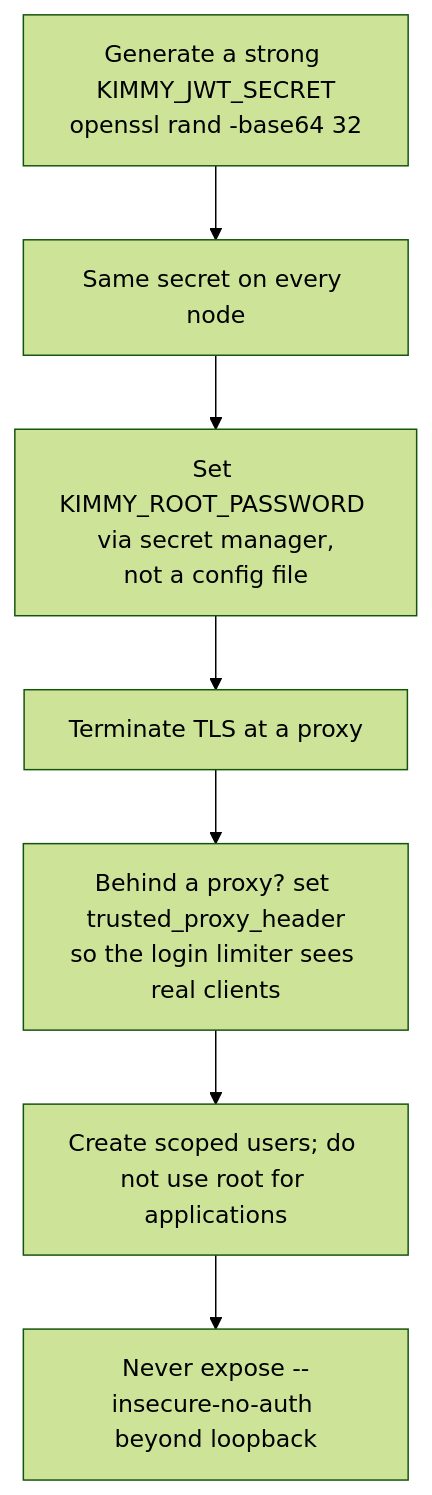
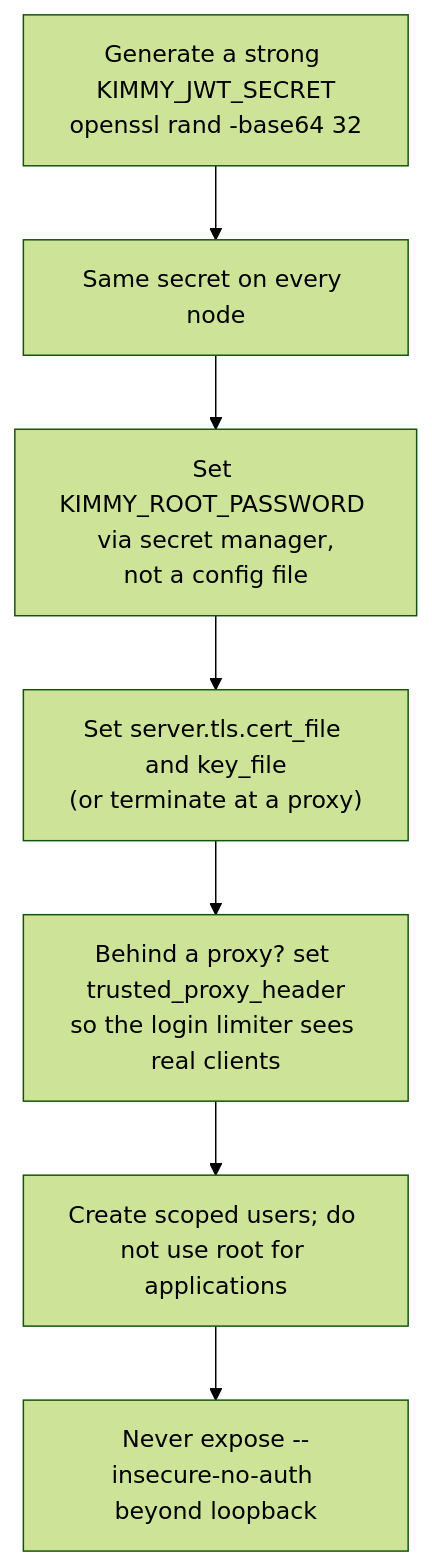
One commit to titusai-io/kimmydb changed the third of 3 diagrams in docs/security.md. Above: the diagram before and after it, drawn with Mermaid (forest theme). The commit also changed other lines of this file and 15 other files, not shown here.

````diff
--- a/docs/security.md
+++ b/docs/security.md
@@ -299,9 +358,9 @@
 ```mermaid
 graph TB
     A["Generate a strong KIMMY_JWT_SECRET<br/>openssl rand -base64 32"] --> B["Same secret on every node"]
     B --> C["Set KIMMY_ROOT_PASSWORD via secret manager,<br/>not a config file"]
-    C --> D["Terminate TLS at a proxy"]
+    C --> D["Set server.tls.cert_file and key_file<br/>(or terminate at a proxy)"]
     D --> E["Behind a proxy? set trusted_proxy_header<br/>so the login limiter sees real clients"]
     E --> F["Create scoped users; do not use root for applications"]
     F --> G["Never expose --insecure-no-auth beyond loopback"]
 ```
````
